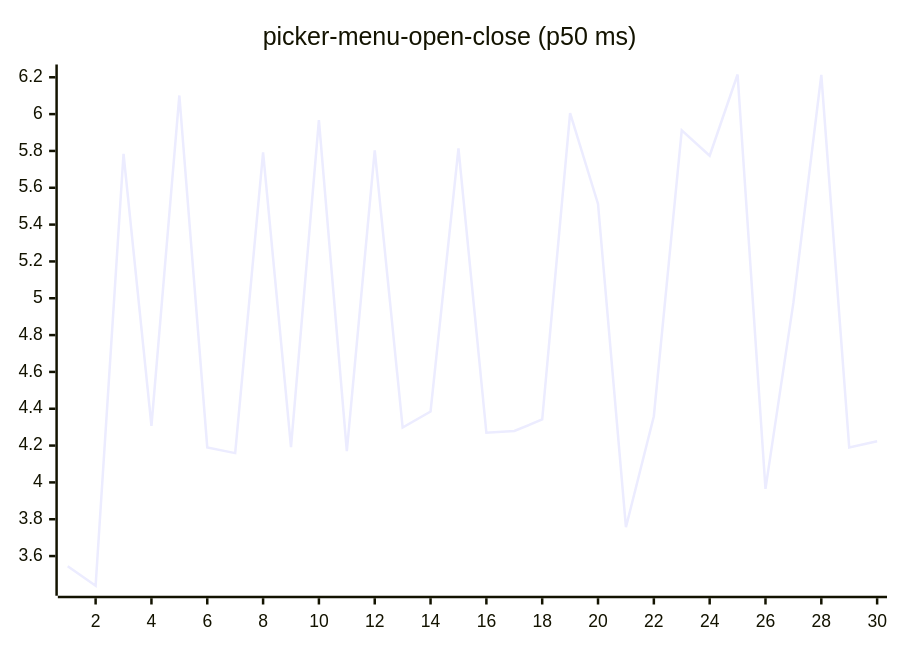
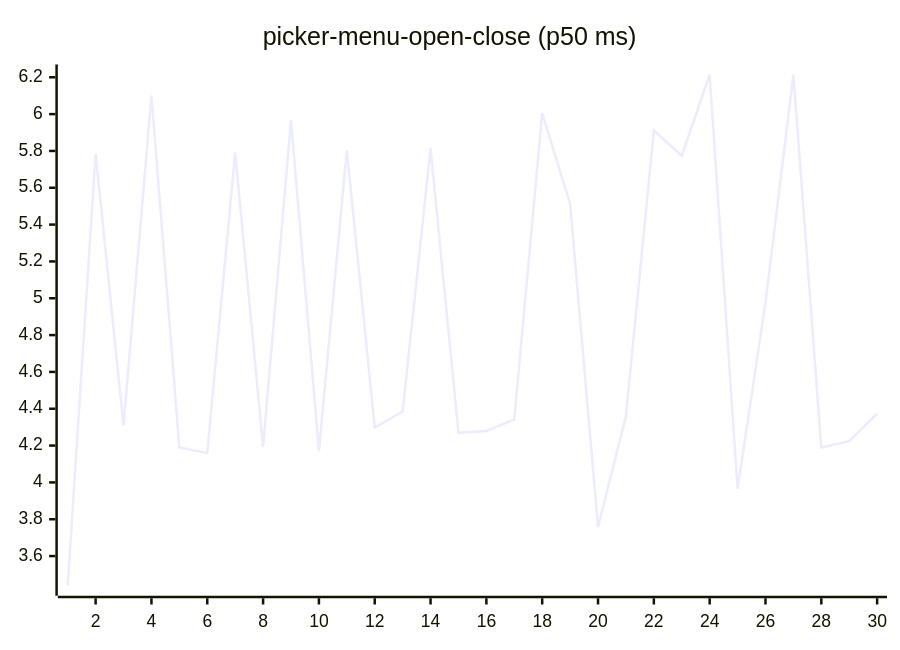
One commit to josha/Facet changed diagram 16 of 27 in README.md. Above: the diagram before and after it, drawn with Mermaid. The commit also changed other lines of this file and 2 other files, not shown here.

````diff
--- a/README.md
+++ b/README.md
@@ -168,6 +168,6 @@
 ```mermaid
 xychart-beta
     title "picker-menu-open-close (p50 ms)"
     x-axis 1 --> 30
-    line [3.5447, 3.4388, 5.7846, 4.3066, 6.1012, 4.1897, 4.1591, 5.7919, 4.1912, 5.9674, 4.1698, 5.8037, 4.2981, 4.3851, 5.8139, 4.2694, 4.2792, 4.3416, 6.0052, 5.5122, 3.7566, 4.3593, 5.9114, 5.7740, 6.2151, 3.9652, 4.9760, 6.2132, 4.1891, 4.2236]
+    line [3.4388, 5.7846, 4.3066, 6.1012, 4.1897, 4.1591, 5.7919, 4.1912, 5.9674, 4.1698, 5.8037, 4.2981, 4.3851, 5.8139, 4.2694, 4.2792, 4.3416, 6.0052, 5.5122, 3.7566, 4.3593, 5.9114, 5.7740, 6.2151, 3.9652, 4.9760, 6.2132, 4.1891, 4.2236, 4.3733]
 ```
````
